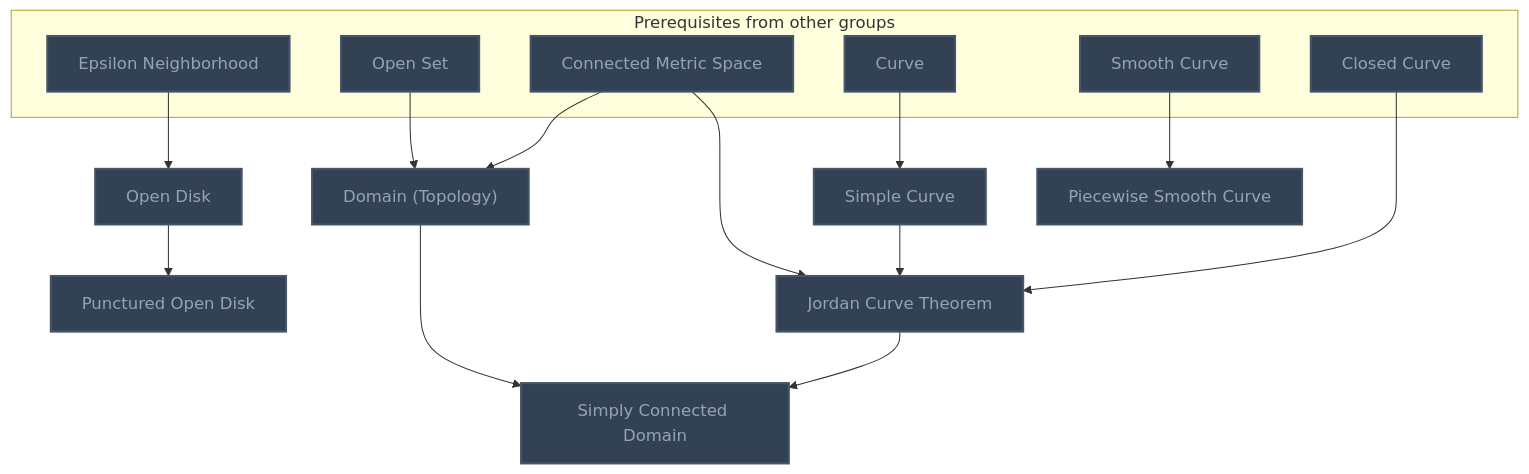
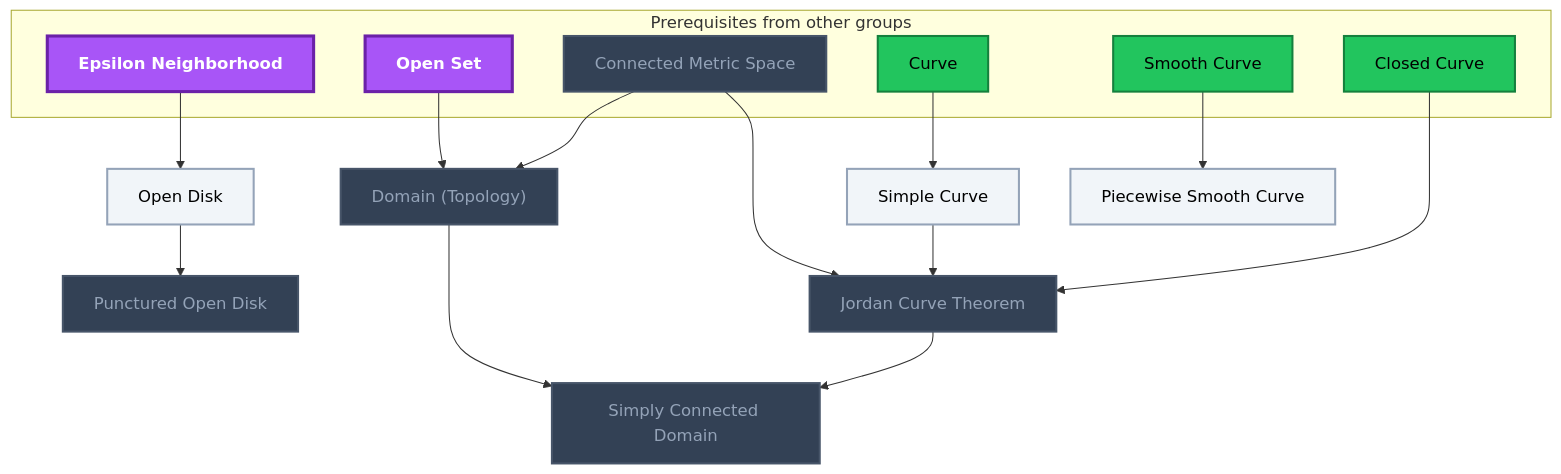
Before and after one commit to MRauf1/My-Notes: the second of 19 diagrams in Gamification/Skill Trees/Complex Analysis.md, drawn with Mermaid. The commit also changed other lines of this file and 145 other files, not shown here.

````diff
--- a/Gamification/Skill Trees/Complex Analysis.md
+++ b/Gamification/Skill Trees/Complex Analysis.md
@@ -61,40 +62,43 @@
 ```mermaid
 flowchart TD
     classDef planned fill:#1E293B,stroke:#64748B,stroke-width:2px,stroke-dasharray:5 5,color:#94A3B8;
     classDef locked fill:#334155,stroke:#475569,stroke-width:2px,color:#94A3B8;
     classDef L0 fill:#F1F5F9,stroke:#94A3B8,stroke-width:2px,color:#000000;
     classDef L1 fill:#22C55E,stroke:#15803D,stroke-width:2px,color:#000000;
     classDef L2 fill:#3B82F6,stroke:#1D4ED8,stroke-width:3px,color:#FFFFFF;
     classDef L3 fill:#A855F7,stroke:#6B21A8,stroke-width:3px,color:#FFFFFF,font-weight:bold;
     classDef L4 fill:#F97316,stroke:#C2410C,stroke-width:4px,color:#000000,font-weight:bold;
     classDef L5 fill:#FFD700,stroke:#FF8C00,stroke-width:5px,color:#000000,font-weight:bold;
     classDef rusty stroke:#8B4513,stroke-width:4px,stroke-dasharray:3 3;
     subgraph sg_prereqs["Prerequisites from other groups"]
         n_epsilon_neighborhood["Epsilon Neighborhood"]
         n_open_set["Open Set"]
         n_connected_metric_space["Connected Metric Space"]
         n_curve["Curve"]
         n_smooth_curve["Smooth Curve"]
         n_closed_curve["Closed Curve"]
     end
     n_open_disk["Open Disk"]
     n_punctured_open_disk["Punctured Open Disk"]
     n_domain_topology["Domain (Topology)"]
     n_simple_curve["Simple Curve"]
     n_piecewise_smooth_curve["Piecewise Smooth Curve"]
     n_jordan_curve_theorem["Jordan Curve Theorem"]
     n_simply_connected_domain["Simply Connected Domain"]
     n_epsilon_neighborhood --> n_open_disk
     n_open_disk --> n_punctured_open_disk
     n_open_set --> n_domain_topology
     n_connected_metric_space --> n_domain_topology
     n_curve --> n_simple_curve
     n_smooth_curve --> n_piecewise_smooth_curve
     n_simple_curve --> n_jordan_curve_theorem
     n_closed_curve --> n_jordan_curve_theorem
     n_connected_metric_space --> n_jordan_curve_theorem
     n_domain_topology --> n_simply_connected_domain
     n_jordan_curve_theorem --> n_simply_connected_domain
-    class n_epsilon_neighborhood,n_open_set,n_connected_metric_space,n_curve,n_smooth_curve,n_closed_curve,n_open_disk,n_punctured_open_disk,n_domain_topology,n_simple_curve,n_piecewise_smooth_curve,n_jordan_curve_theorem,n_simply_connected_domain locked;
+    class n_connected_metric_space,n_punctured_open_disk,n_domain_topology,n_jordan_curve_theorem,n_simply_connected_domain locked;
+    class n_open_disk,n_simple_curve,n_piecewise_smooth_curve L0;
+    class n_curve,n_smooth_curve,n_closed_curve L1;
+    class n_epsilon_neighborhood,n_open_set L3;
     class n_epsilon_neighborhood,n_open_set,n_connected_metric_space,n_curve,n_smooth_curve,n_closed_curve,n_open_disk,n_punctured_open_disk,n_domain_topology,n_simple_curve,n_piecewise_smooth_curve,n_jordan_curve_theorem,n_simply_connected_domain internal-link;
 ```
````
